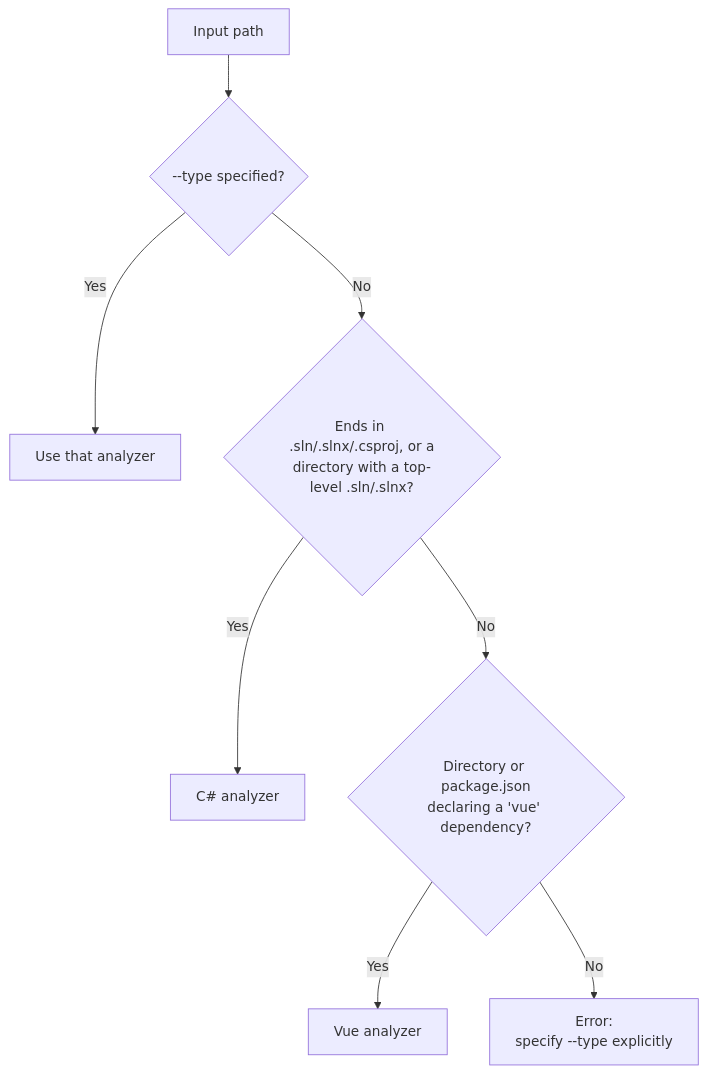
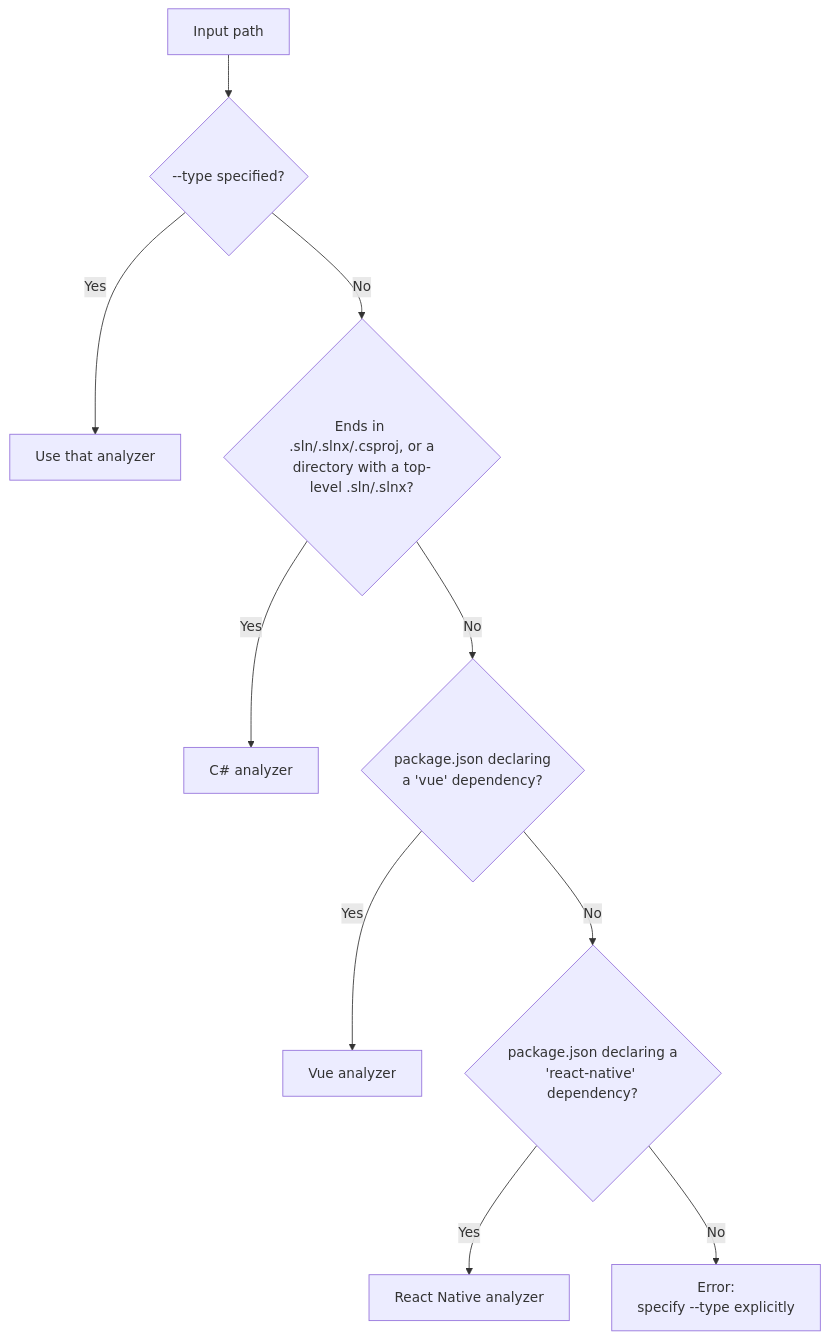
The second of 2 diagrams in README.md (elliotmoule/projdump), drawn with Mermaid before and after one commit. The commit also changed other lines of this file and 23 other files, not shown here.

First line of the commit message:
Add React Native support and improve project analysis

````diff
--- a/README.md
+++ b/README.md
@@ -131,10 +126,12 @@
 ```mermaid
 flowchart TD
     A["Input path"] --> B{"--type specified?"}
     B -- Yes --> C["Use that analyzer"]
     B -- No --> D{"Ends in .sln/.slnx/.csproj, or a\ndirectory with a top-level .sln/.slnx?"}
     D -- Yes --> E["C# analyzer"]
-    D -- No --> F{"Directory or package.json\ndeclaring a 'vue' dependency?"}
+    D -- No --> F{"package.json declaring\na 'vue' dependency?"}
     F -- Yes --> G["Vue analyzer"]
-    F -- No --> H["Error:\nspecify --type explicitly"]
+    F -- No --> H{"package.json declaring a\n'react-native' dependency?"}
+    H -- Yes --> I["React Native analyzer"]
+    H -- No --> J["Error:\nspecify --type explicitly"]
 ```
````
